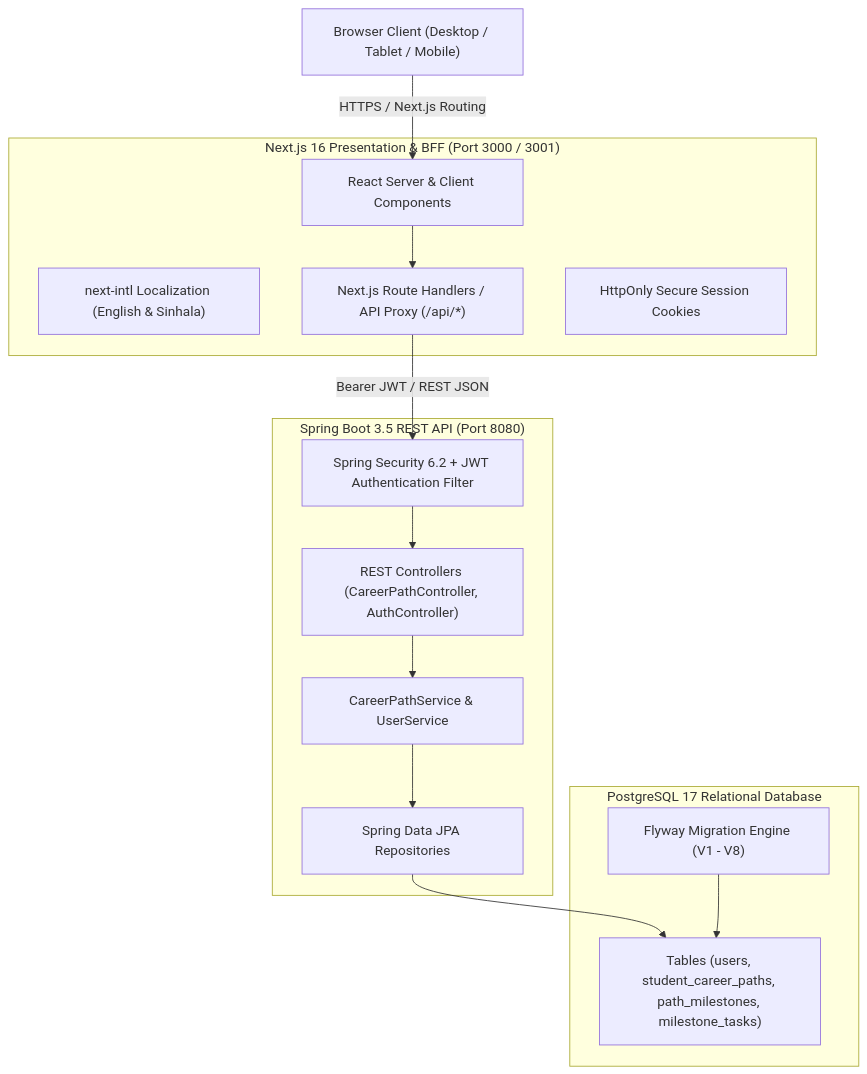
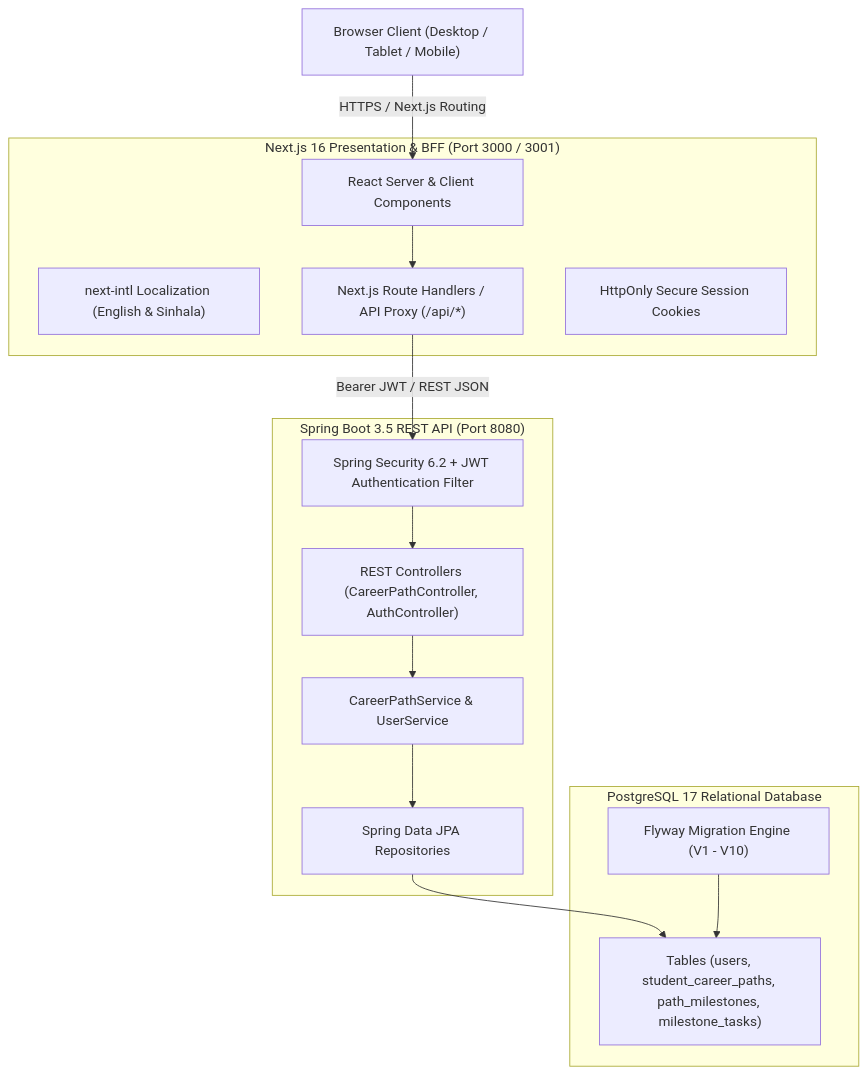
The first of 2 diagrams in README.md (Iddamalgoda12/skill-bridge-sl), drawn with Mermaid before and after one commit. The commit also changed 713 other files, not shown here.

````diff
--- a/README.md
+++ b/README.md
@@ -28,32 +28,32 @@
 ```mermaid
 graph TD
     Client["Browser Client (Desktop / Tablet / Mobile)"]
 
     subgraph Frontend ["Next.js 16 Presentation & BFF (Port 3000 / 3001)"]
         UI["React Server & Client Components"]
         I18n["next-intl Localization (English & Sinhala)"]
         BFF["Next.js Route Handlers / API Proxy (/api/*)"]
         AuthCookies["HttpOnly Secure Session Cookies"]
     end
 
     subgraph Backend ["Spring Boot 3.5 REST API (Port 8080)"]
         Security["Spring Security 6.2 + JWT Authentication Filter"]
         Controllers["REST Controllers (CareerPathController, AuthController)"]
         Services["CareerPathService & UserService"]
         Repos["Spring Data JPA Repositories"]
     end
 
     subgraph Database ["PostgreSQL 17 Relational Database"]
-        Flyway["Flyway Migration Engine (V1 - V8)"]
+        Flyway["Flyway Migration Engine (V1 - V10)"]
         Schema["Tables (users, student_career_paths, path_milestones, milestone_tasks)"]
     end
 
     Client -->|HTTPS / Next.js Routing| UI
     UI --> BFF
     BFF -->|Bearer JWT / REST JSON| Security
     Security --> Controllers
     Controllers --> Services
     Services --> Repos
     Repos --> Schema
     Flyway --> Schema
 ```
````
